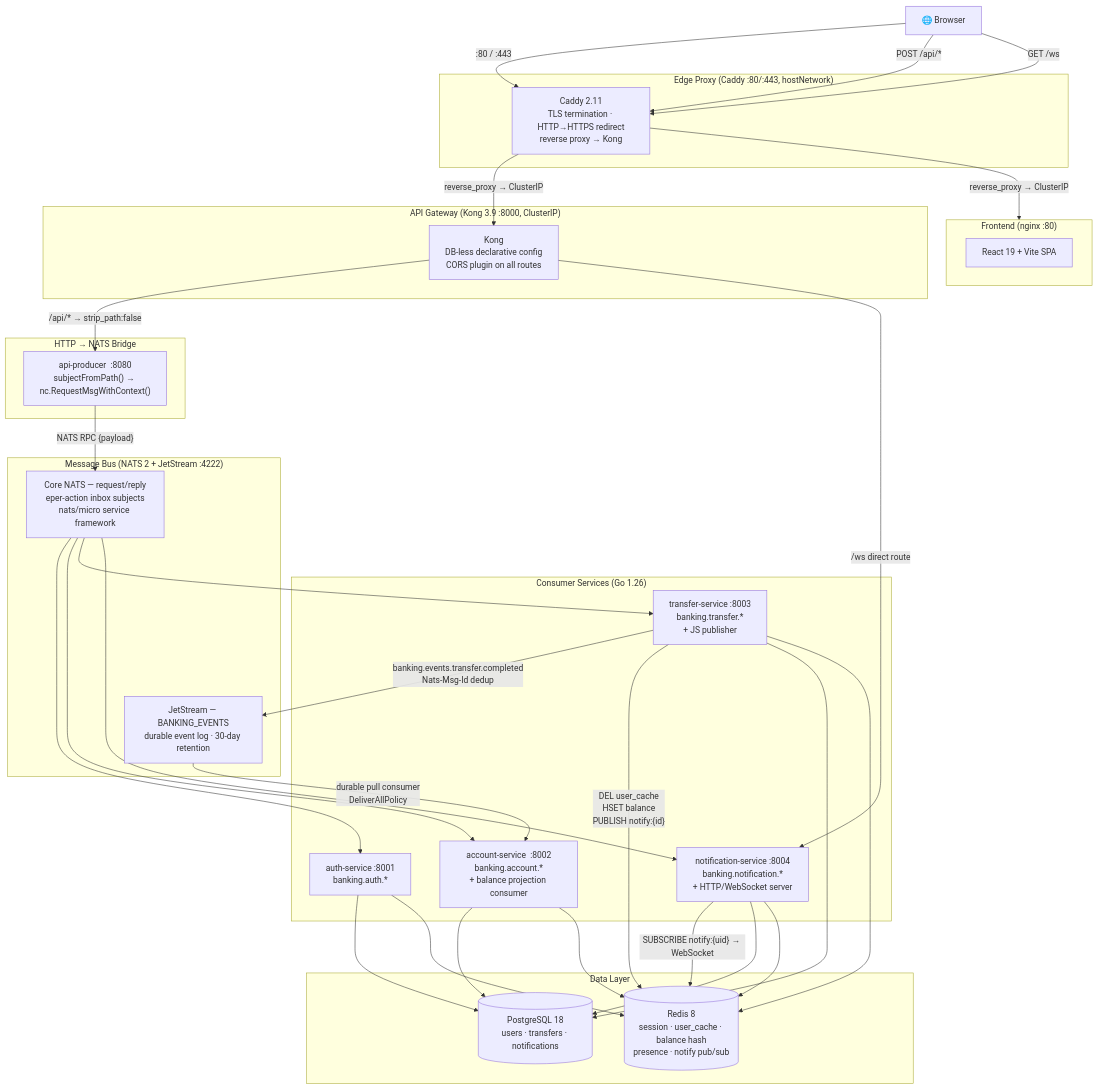
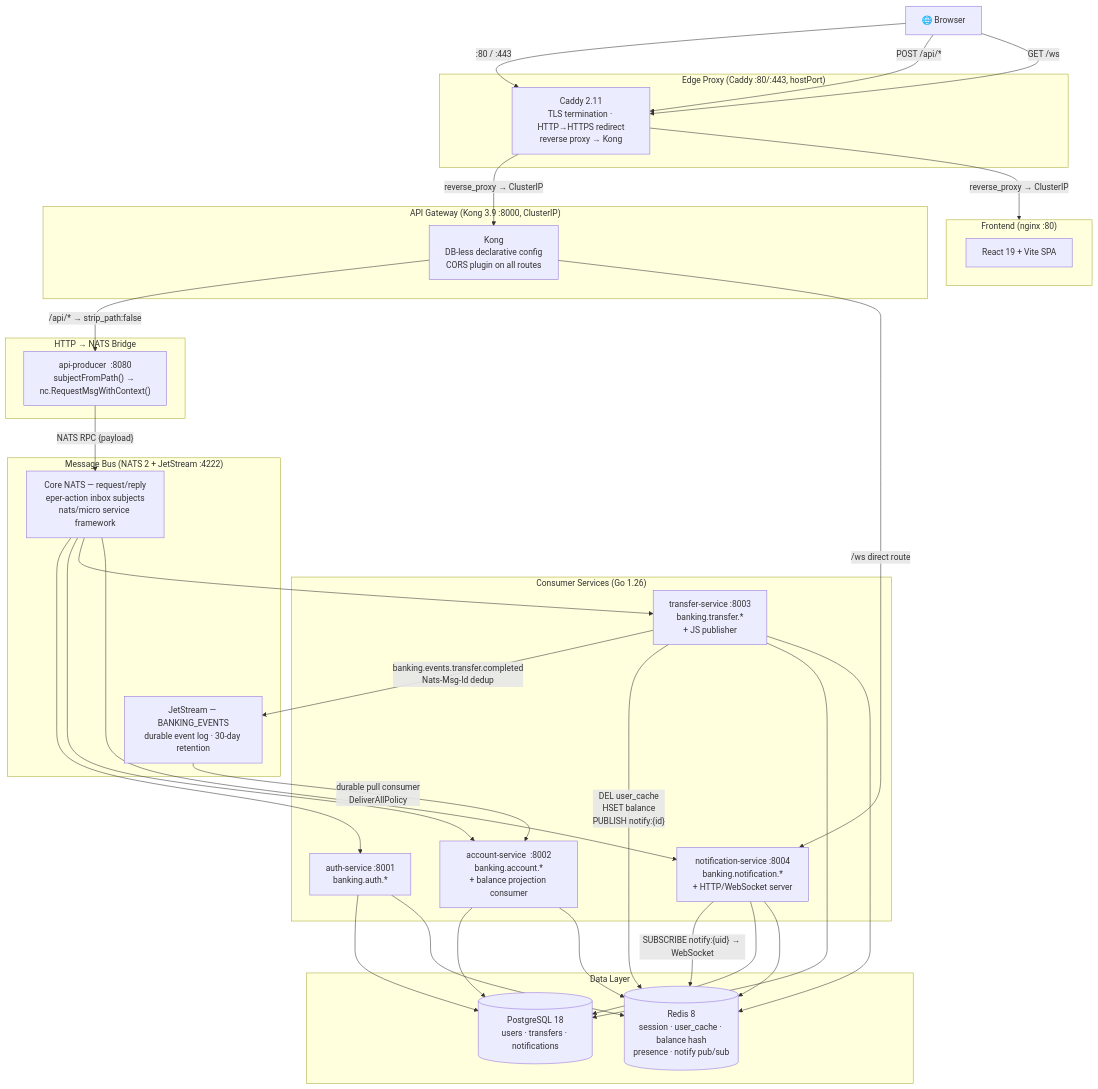
The diagram in README.md (dungxnd/banking-demo-revamp), drawn with Mermaid before and after one commit. The commit also changed other lines of this file, not shown here.

````diff
--- a/README.md
+++ b/README.md
@@ -23,53 +23,53 @@
 ```mermaid
 flowchart TD
     Browser["🌐 Browser"]
 
-    subgraph Edge["Edge Proxy  (Caddy :80/:443, hostNetwork)"]
+    subgraph Edge["Edge Proxy  (Caddy :80/:443, hostPort)"]
         Caddy["Caddy 2.11\nTLS termination · HTTP→HTTPS redirect\nreverse proxy → Kong"]
     end
 
     subgraph Frontend["Frontend  (nginx :80)"]
         FE["React 19 + Vite SPA"]
     end
 
     subgraph Gateway["API Gateway  (Kong 3.9 :8000, ClusterIP)"]
         Kong["Kong\nDB-less declarative config\nCORS plugin on all routes"]
     end
 
     subgraph RPC["HTTP → NATS Bridge"]
         Producer["api-producer  :8080\nsubjectFromPath() → nc.RequestMsgWithContext()"]
     end
 
     subgraph Messaging["Message Bus  (NATS 2 + JetStream :4222)"]
         NATS["Core NATS — request/reply\neper-action inbox subjects\nnats/micro service framework"]
         JS["JetStream — BANKING_EVENTS\ndurable event log · 30-day retention"]
     end
 
     subgraph Consumers["Consumer Services  (Go 1.26)"]
         Auth["auth-service  :8001\nbanking.auth.*"]
         Account["account-service  :8002\nbanking.account.*\n+ balance projection consumer"]
         Transfer["transfer-service  :8003\nbanking.transfer.*\n+ JS publisher"]
         Notify["notification-service  :8004\nbanking.notification.*\n+ HTTP/WebSocket server"]
     end
 
     subgraph Data["Data Layer"]
         PG[("PostgreSQL 18\nusers · transfers · notifications")]
         Redis[("Redis 8\nsession · user_cache · balance hash\npresence · notify pub/sub")]
     end
 
     Browser -->|":80 / :443"| Caddy
     Caddy -->|"reverse_proxy → ClusterIP"| Kong
     Caddy -->|"reverse_proxy → ClusterIP"| Frontend
     Browser -->|"POST /api/*"| Caddy
     Browser -->|"GET /ws"| Caddy
     Kong -->|"/api/* → strip_path:false"| Producer
     Kong -->|"/ws direct route"| Notify
     Producer -->|"NATS RPC {payload}"| NATS
     NATS --> Auth & Account & Transfer & Notify
     Transfer -->|"banking.events.transfer.completed\nNats-Msg-Id dedup"| JS
     JS -->|"durable pull consumer\nDeliverAllPolicy"| Account
     Transfer -->|"DEL user_cache\nHSET balance\nPUBLISH notify:{id}"| Redis
     Notify -->|"SUBSCRIBE notify:{uid} → WebSocket"| Redis
     Auth & Account & Transfer & Notify --> PG
     Auth & Account & Transfer & Notify --> Redis
 ```
````
